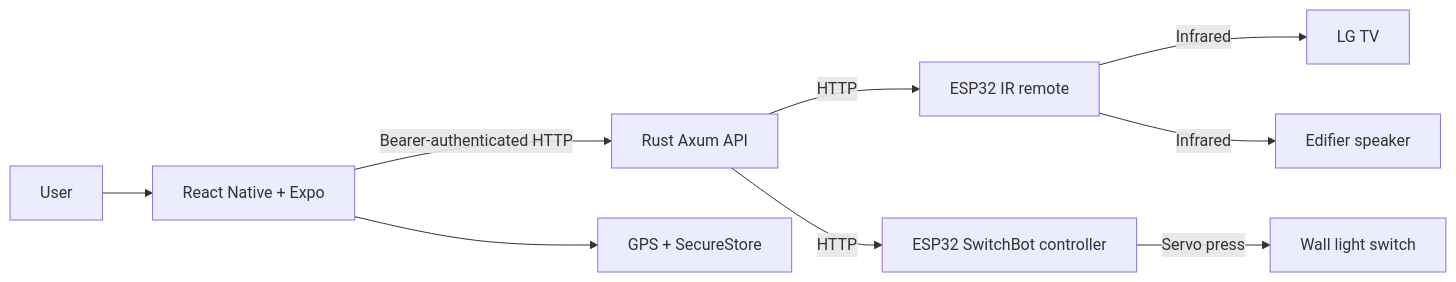
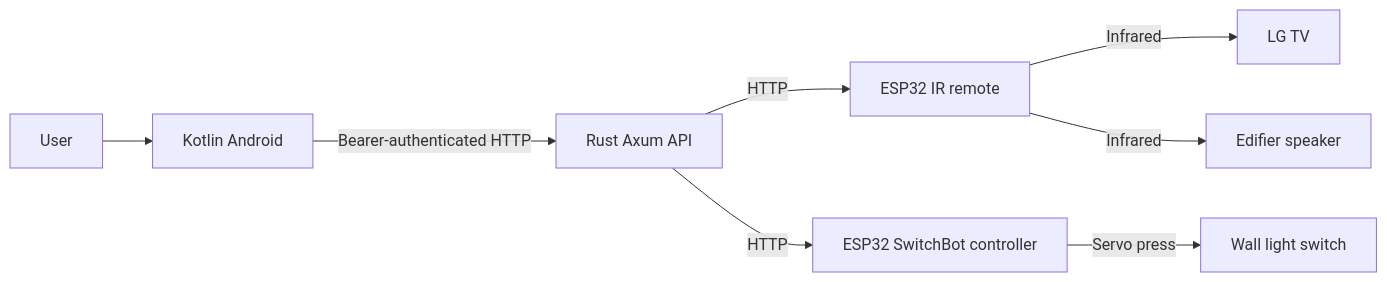
The diagram in README.md (patrickhaahr/openhome), drawn with Mermaid before and after one commit. The commit also changed other lines of this file and 117 other files, not shown here.

Commit message:
chore(mobile): remove retired Expo client

````diff
--- a/README.md
+++ b/README.md
@@ -102,11 +72,10 @@
 ```mermaid
 flowchart LR
-    User[User] --> Mobile[React Native + Expo]
+    User[User] --> Mobile[Kotlin Android]
     Mobile -->|Bearer-authenticated HTTP| API[Rust Axum API]
-    Mobile --> OS[GPS + SecureStore]
     API -->|HTTP| IR[ESP32 IR remote]
     API -->|HTTP| SwitchBot[ESP32 SwitchBot controller]
     IR -->|Infrared| TV[LG TV]
     IR -->|Infrared| Speaker[Edifier speaker]
     SwitchBot -->|Servo press| Light[Wall light switch]
 ```
````
